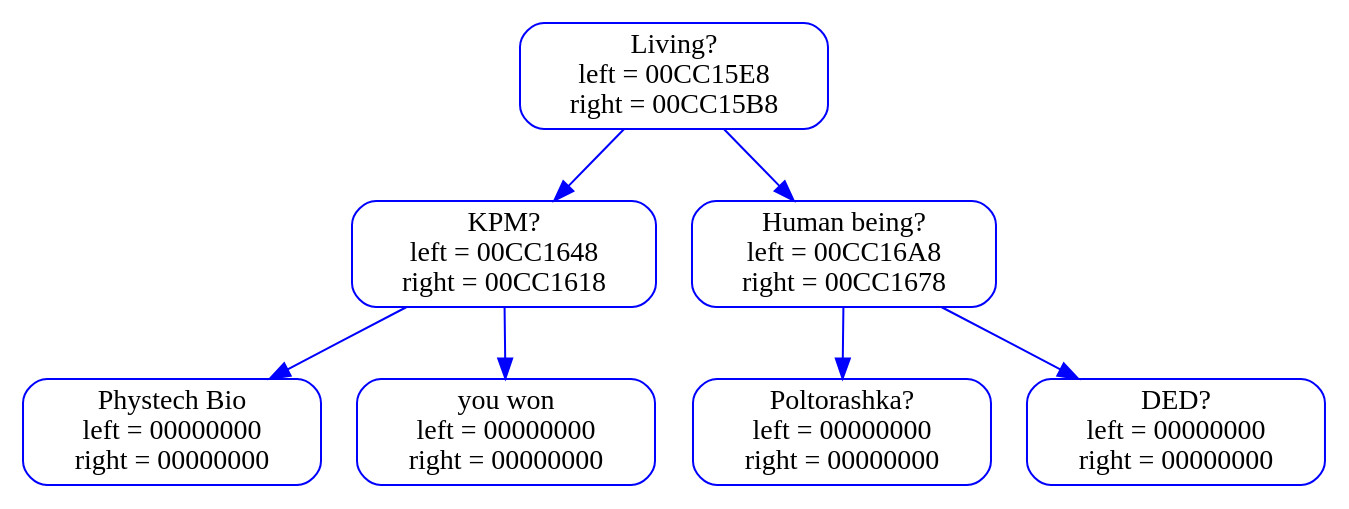
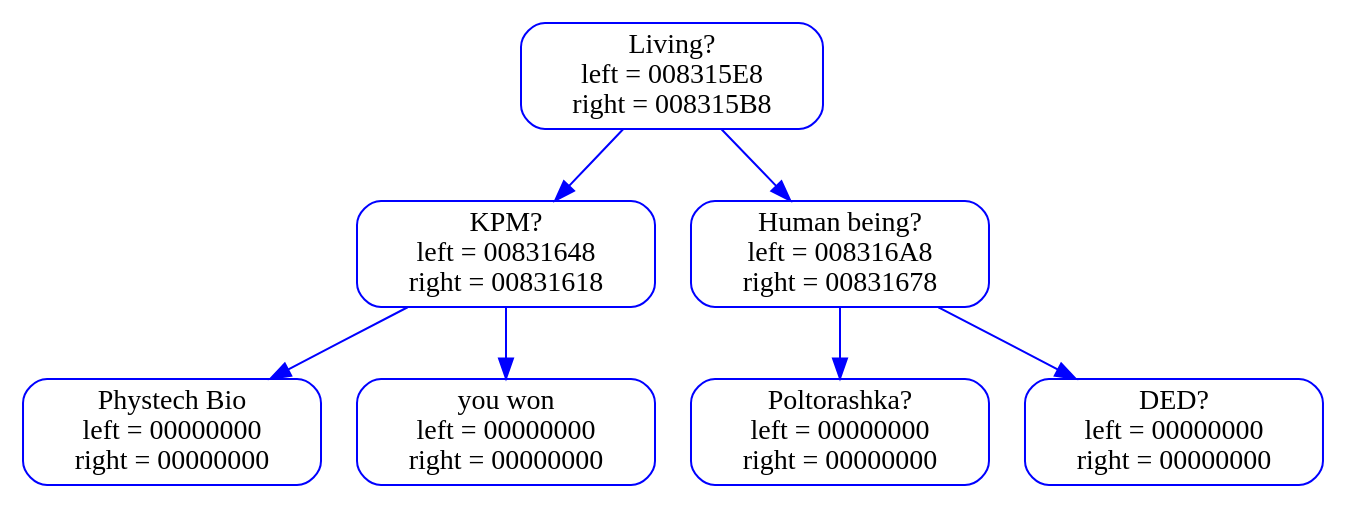
One commit to aywert/ACINATOR changed the diagram in log_folder_acinator/acinator_graph.dot. Above: the diagram before and after it, drawn with Graphviz. The commit also changed 4 other files, not shown here.

```diff
--- a/log_folder_acinator/acinator_graph.dot
+++ b/log_folder_acinator/acinator_graph.dot
@@ -1,31 +1,31 @@
 digraph list
 {
 rankdir=HR;
-	13374856 [shape="rectangle", style="rounded", color="blue", label = " Living?
- left = 00CC15E8
- right = 00CC15B8"];
-	13374952 [shape="rectangle", style="rounded", color="blue", label = " KPM?
- left = 00CC1648
- right = 00CC1618"];
-	13374856 -> 13374952 [color="blue"]
-	13375048 [shape="rectangle", style="rounded", color="blue", label = " Phystech Bio
+	8590728 [shape="rectangle", style="rounded", color="blue", label = " Living?
+ left = 008315E8
+ right = 008315B8"];
+	8590824 [shape="rectangle", style="rounded", color="blue", label = " KPM?
+ left = 00831648
+ right = 00831618"];
+	8590728 -> 8590824 [color="blue"]
+	8590920 [shape="rectangle", style="rounded", color="blue", label = " Phystech Bio
  left = 00000000
  right = 00000000"];
-	13374952 -> 13375048 [color="blue"]
-	13375000 [shape="rectangle", style="rounded", color="blue", label = " you won
+	8590824 -> 8590920 [color="blue"]
+	8590872 [shape="rectangle", style="rounded", color="blue", label = " you won
  left = 00000000
  right = 00000000"];
-	13374952 -> 13375000 [color="blue"]
-	13374904 [shape="rectangle", style="rounded", color="blue", label = " Human being?
- left = 00CC16A8
- right = 00CC1678"];
-	13374856 -> 13374904 [color="blue"]
-	13375144 [shape="rectangle", style="rounded", color="blue", label = " Poltorashka?
+	8590824 -> 8590872 [color="blue"]
+	8590776 [shape="rectangle", style="rounded", color="blue", label = " Human being?
+ left = 008316A8
+ right = 00831678"];
+	8590728 -> 8590776 [color="blue"]
+	8591016 [shape="rectangle", style="rounded", color="blue", label = " Poltorashka?
  left = 00000000
  right = 00000000"];
-	13374904 -> 13375144 [color="blue"]
-	13375096 [shape="rectangle", style="rounded", color="blue", label = " DED?
+	8590776 -> 8591016 [color="blue"]
+	8590968 [shape="rectangle", style="rounded", color="blue", label = " DED?
  left = 00000000
  right = 00000000"];
-	13374904 -> 13375096 [color="blue"]
+	8590776 -> 8590968 [color="blue"]
 	}
```
